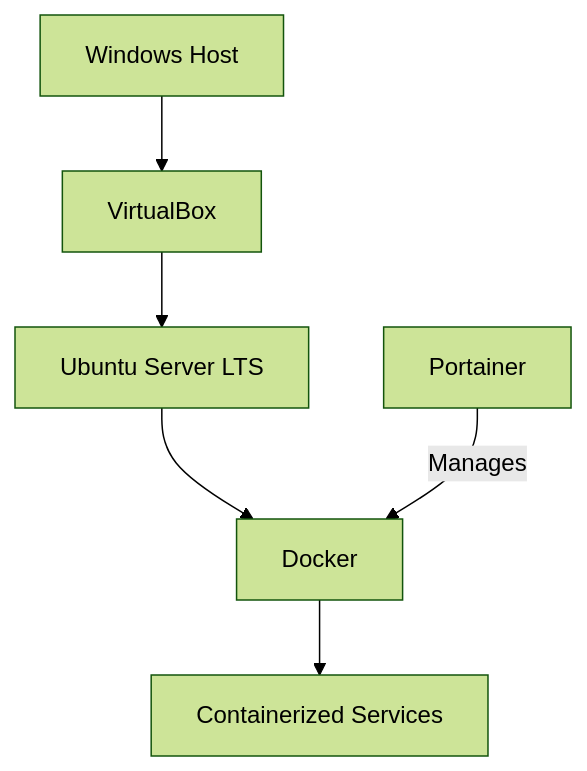
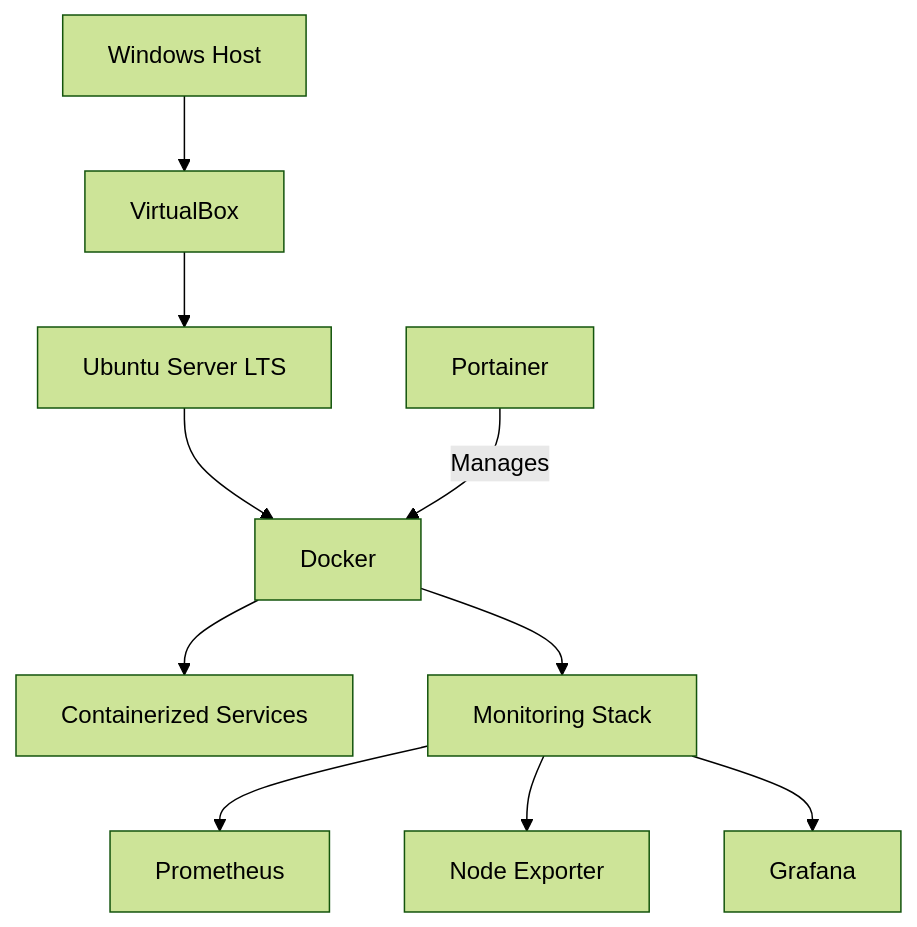
Before and after one commit to profalexandretolentino/project-kaizen-homelab: the first of 2 diagrams in ARCHITECTURE.md, drawn with Mermaid (forest theme). The commit also changed other lines of this file and 6 other files, not shown here.

````diff
--- a/ARCHITECTURE.md
+++ b/ARCHITECTURE.md
@@ -37,8 +38,12 @@
 ```mermaid
 flowchart TD
     A[Windows Host] --> B[VirtualBox]
     B --> C[Ubuntu Server LTS]
     C --> D[Docker]
     D --> E[Containerized Services]
+    D --> G[Monitoring Stack]
+    G --> H[Prometheus]
+    G --> I[Node Exporter]
+    G --> J[Grafana]
     F[Portainer] -->|Manages| D
 ```
````
